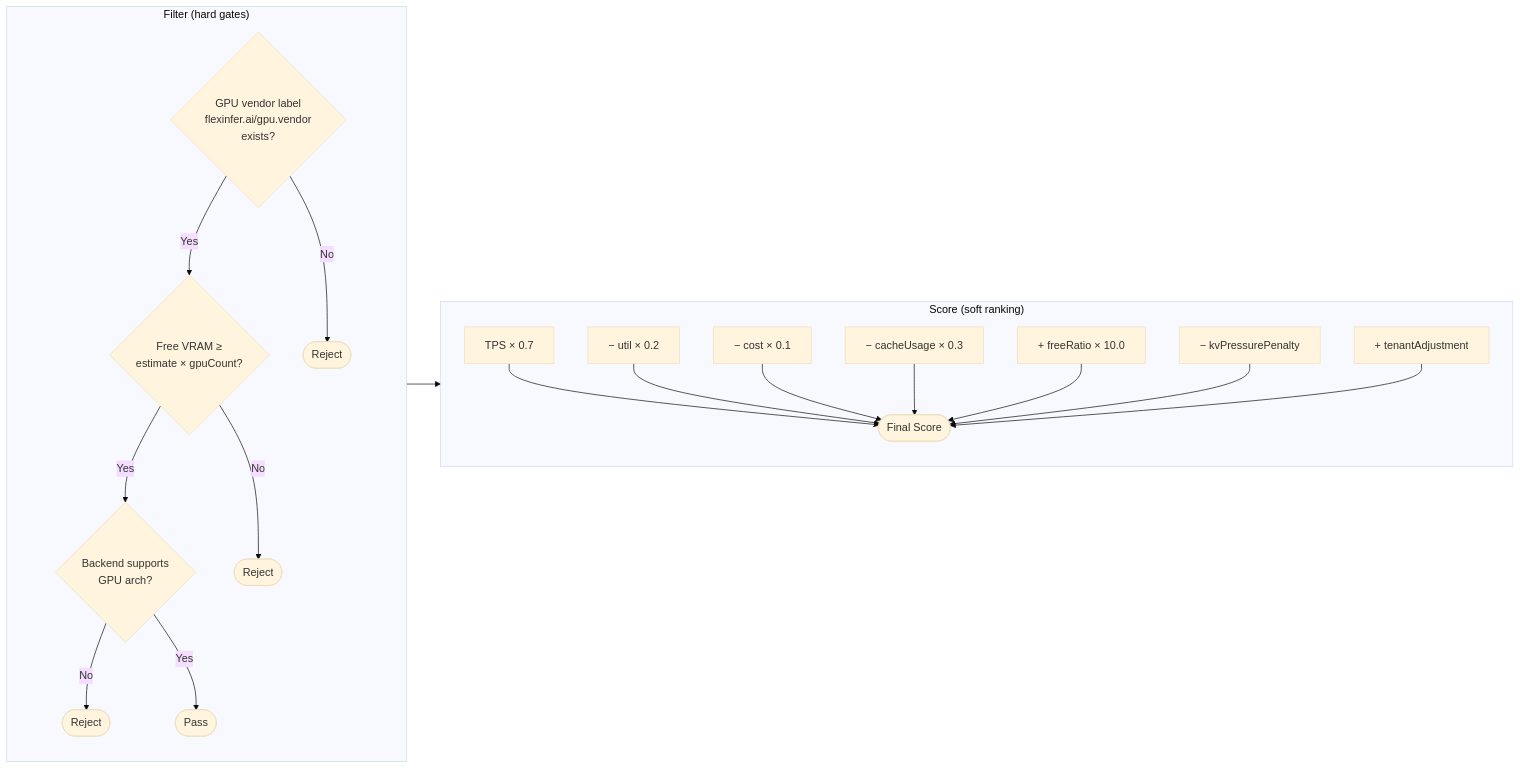
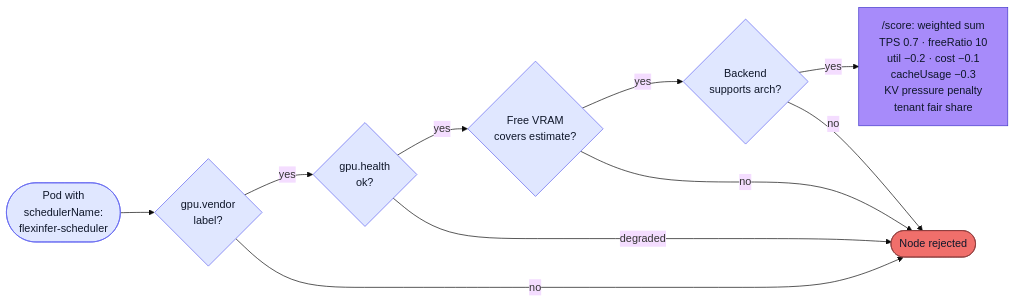
The sixth of 7 diagrams in docs/dev/architecture.md (flexinfer/flexinfer), drawn with Mermaid (base theme) before and after one commit. The commit also changed other lines of this file and 7 other files, not shown here.

````diff
--- a/docs/dev/architecture.md
+++ b/docs/dev/architecture.md
@@ -337,35 +350,16 @@
 ```mermaid
 flowchart LR
-    subgraph Filter ["Filter (hard gates)"]
-        direction TB
-        F1{"GPU vendor label<br/>flexinfer.ai/gpu.vendor<br/>exists?"}
-        F2{"Free VRAM ≥<br/>estimate × gpuCount?"}
-        F3{"Backend supports<br/>GPU arch?"}
-        F1 -->|Yes| F2
-        F2 -->|Yes| F3
-        F1 -->|No| Reject1([Reject])
-        F2 -->|No| Reject2([Reject])
-        F3 -->|No| Reject3([Reject])
-        F3 -->|Yes| Pass([Pass])
-    end
+    pod(["Pod with<br/>schedulerName:<br/>flexinfer-scheduler"]):::step --> f1{"gpu.vendor<br/>label?"}:::step
+    f1 -->|yes| f2{"gpu.health<br/>ok?"}:::step
+    f2 -->|yes| f3{"Free VRAM<br/>covers estimate?"}:::step
+    f3 -->|yes| f4{"Backend<br/>supports arch?"}:::step
+    f4 -->|yes| score["/score: weighted sum<br/>TPS 0.7 · freeRatio 10<br/>util −0.2 · cost −0.1<br/>cacheUsage −0.3<br/>KV pressure penalty<br/>tenant fair share"]:::pass
+    f1 -->|no| reject(["Node rejected"]):::fail
+    f2 -->|degraded| reject
+    f3 -->|no| reject
+    f4 -->|no| reject
 
-    subgraph Score ["Score (soft ranking)"]
-        direction TB
-        TPS["TPS × 0.7"]
-        Util["− util × 0.2"]
-        Cost["− cost × 0.1"]
-        Cache["− cacheUsage × 0.3"]
-        Free["+ freeRatio × 10.0"]
-        KV["− kvPressurePenalty"]
-        Tenant["+ tenantAdjustment"]
-        TPS --> Sum
-        Util --> Sum
-        Cost --> Sum
-        Cache --> Sum
-        Free --> Sum
-        KV --> Sum
-        Tenant --> Sum([Final Score])
-    end
-
-    Pass --> Score
+    classDef step fill:#E0E7FF,stroke:#6366F1,color:#0F172A
+    classDef pass fill:#A78BFA,stroke:#4338CA,color:#0F172A
+    classDef fail fill:#F06F6B,stroke:#8B3A3A,color:#0F172A
 ```
````
